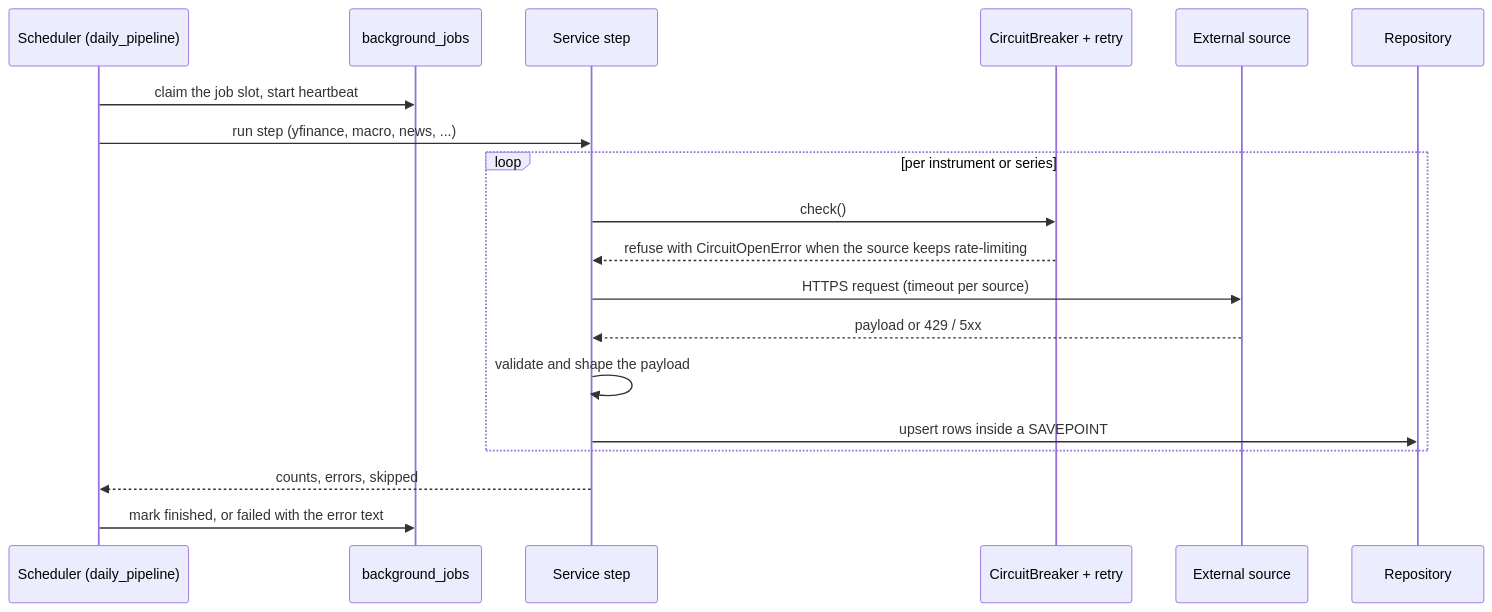
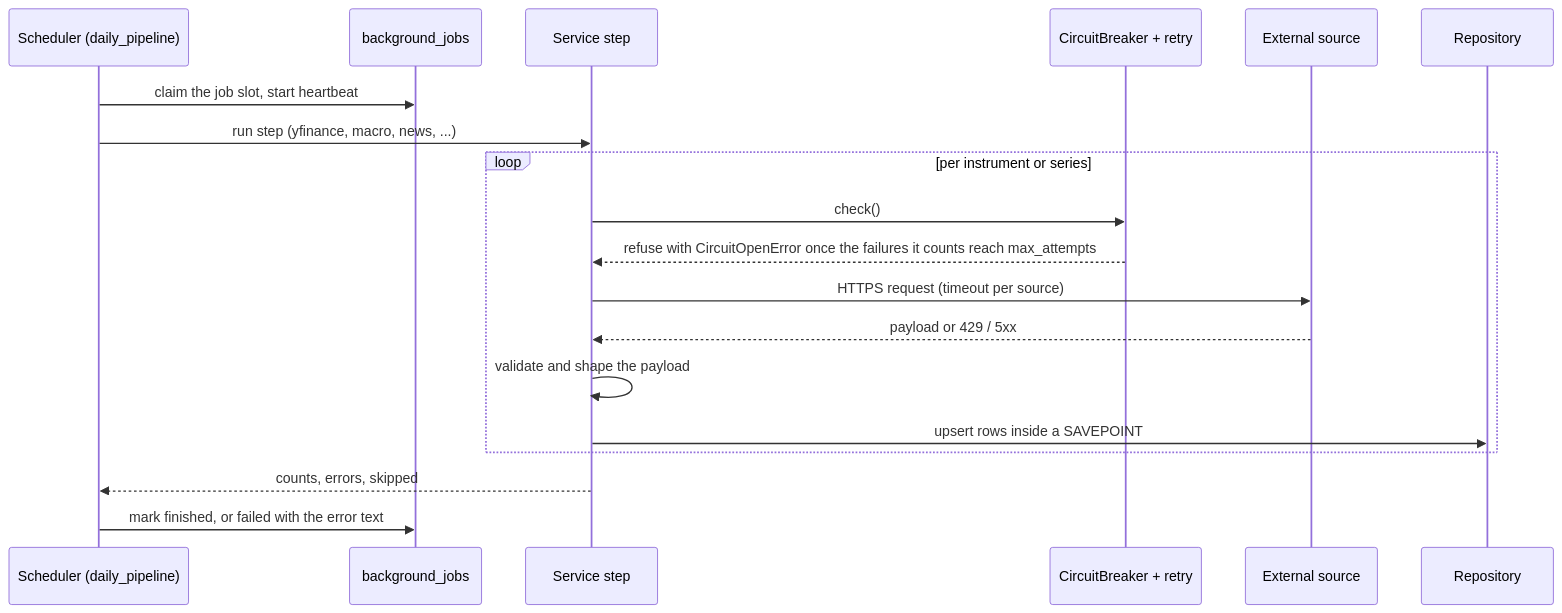
One commit to SilvioBaratto/optimizer changed the second of 3 diagrams in docs/integrations.md. Above: the diagram before and after it, drawn with Mermaid. The commit also changed other lines of this file and 9 other files, not shown here.

````diff
--- a/docs/integrations.md
+++ b/docs/integrations.md
@@ -44,21 +44,21 @@
 ```mermaid
 sequenceDiagram
     participant S as Scheduler (daily_pipeline)
     participant J as background_jobs
     participant V as Service step
     participant B as CircuitBreaker + retry
     participant X as External source
     participant R as Repository
     S->>J: claim the job slot, start heartbeat
     S->>V: run step (yfinance, macro, news, ...)
     loop per instrument or series
         V->>B: check()
-        B-->>V: refuse with CircuitOpenError when the source keeps rate-limiting
+        B-->>V: refuse with CircuitOpenError once the failures it counts reach max_attempts
         V->>X: HTTPS request (timeout per source)
         X-->>V: payload or 429 / 5xx
         V->>V: validate and shape the payload
         V->>R: upsert rows inside a SAVEPOINT
     end
     V-->>S: counts, errors, skipped
     S->>J: mark finished, or failed with the error text
 ```
````
